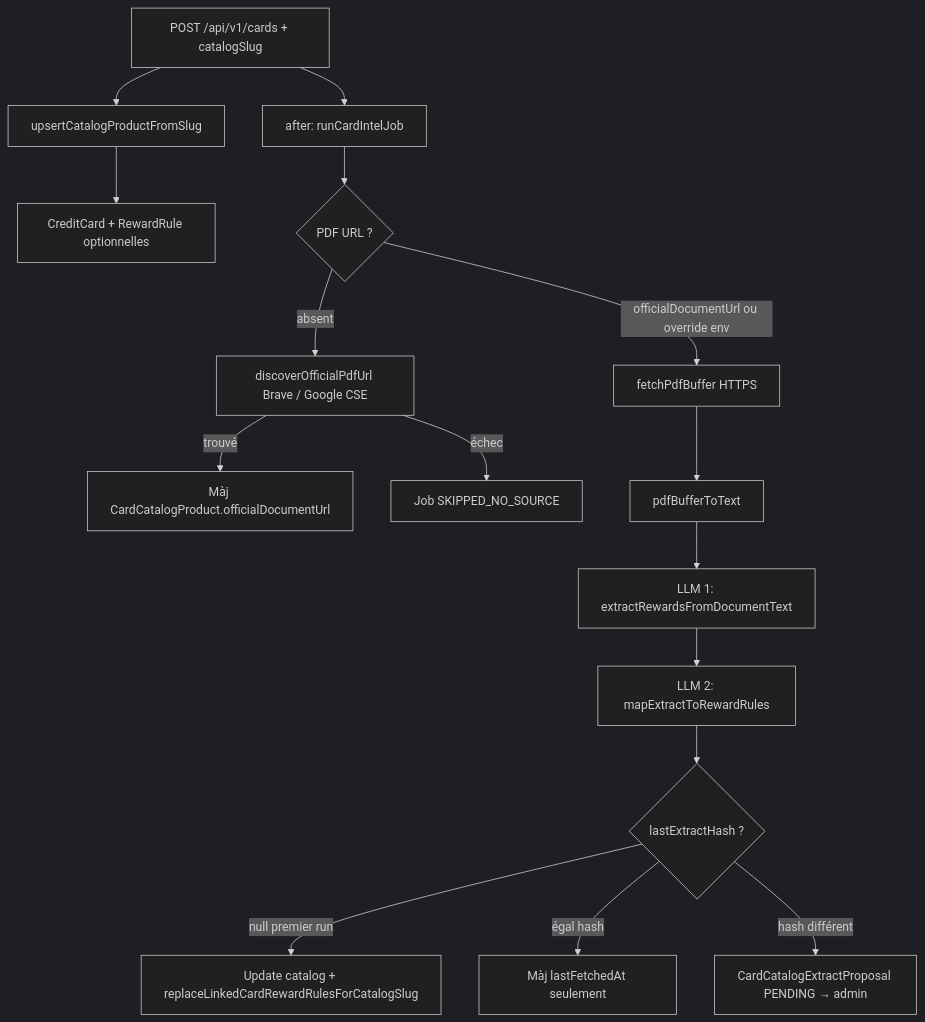
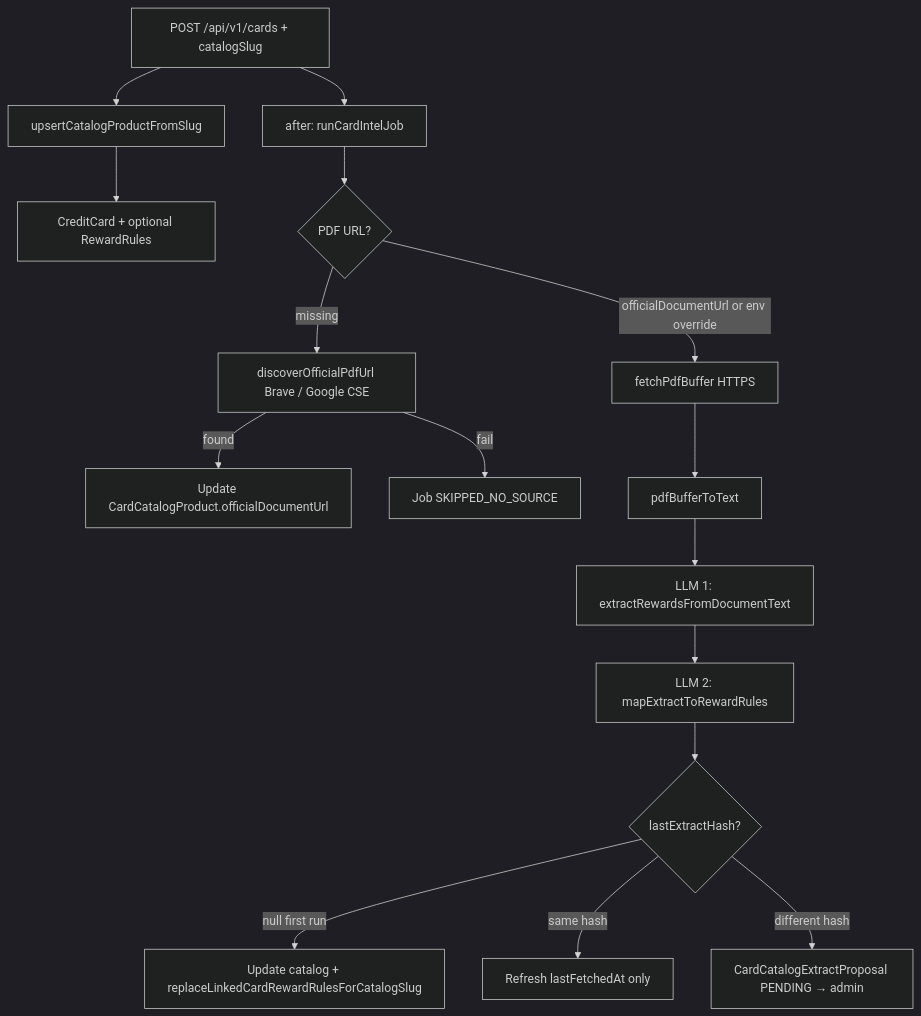
The diagram in docs/card-catalog-intel-pipeline.md (CedricBell/SlyPay), drawn with Mermaid (dark theme) before and after one commit. The commit also changed other lines of this file and 40 other files, not shown here.

````diff
--- a/docs/card-catalog-intel-pipeline.md
+++ b/docs/card-catalog-intel-pipeline.md
@@ -11,18 +9,18 @@
 ```mermaid
 flowchart TD
   A[POST /api/v1/cards + catalogSlug] --> B[upsertCatalogProductFromSlug]
-  B --> C[CreditCard + RewardRule optionnelles]
+  B --> C[CreditCard + optional RewardRules]
   A --> D[after: runCardIntelJob]
-  D --> E{PDF URL ?}
-  E -->|officialDocumentUrl ou override env| F[fetchPdfBuffer HTTPS]
-  E -->|absent| G[discoverOfficialPdfUrl Brave / Google CSE]
-  G -->|trouvé| H[Màj CardCatalogProduct.officialDocumentUrl]
-  G -->|échec| I[Job SKIPPED_NO_SOURCE]
+  D --> E{PDF URL?}
+  E -->|officialDocumentUrl or env override| F[fetchPdfBuffer HTTPS]
+  E -->|missing| G[discoverOfficialPdfUrl Brave / Google CSE]
+  G -->|found| H[Update CardCatalogProduct.officialDocumentUrl]
+  G -->|fail| I[Job SKIPPED_NO_SOURCE]
   F --> J[pdfBufferToText]
   J --> K[LLM 1: extractRewardsFromDocumentText]
   K --> L[LLM 2: mapExtractToRewardRules]
-  L --> M{lastExtractHash ?}
-  M -->|null premier run| N[Update catalog + replaceLinkedCardRewardRulesForCatalogSlug]
-  M -->|égal hash| O[Màj lastFetchedAt seulement]
-  M -->|hash différent| P[CardCatalogExtractProposal PENDING → admin]
+  L --> M{lastExtractHash?}
+  M -->|null first run| N[Update catalog + replaceLinkedCardRewardRulesForCatalogSlug]
+  M -->|same hash| O[Refresh lastFetchedAt only]
+  M -->|different hash| P[CardCatalogExtractProposal PENDING → admin]
 ```
````
